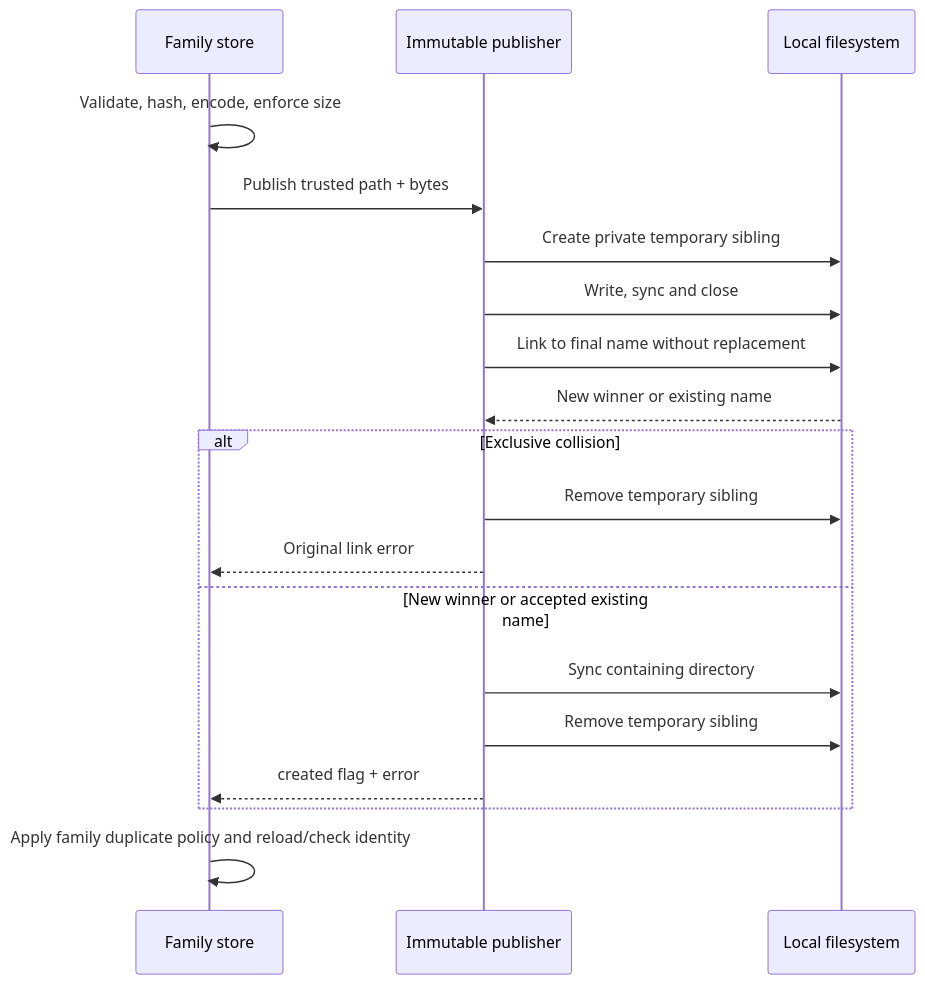
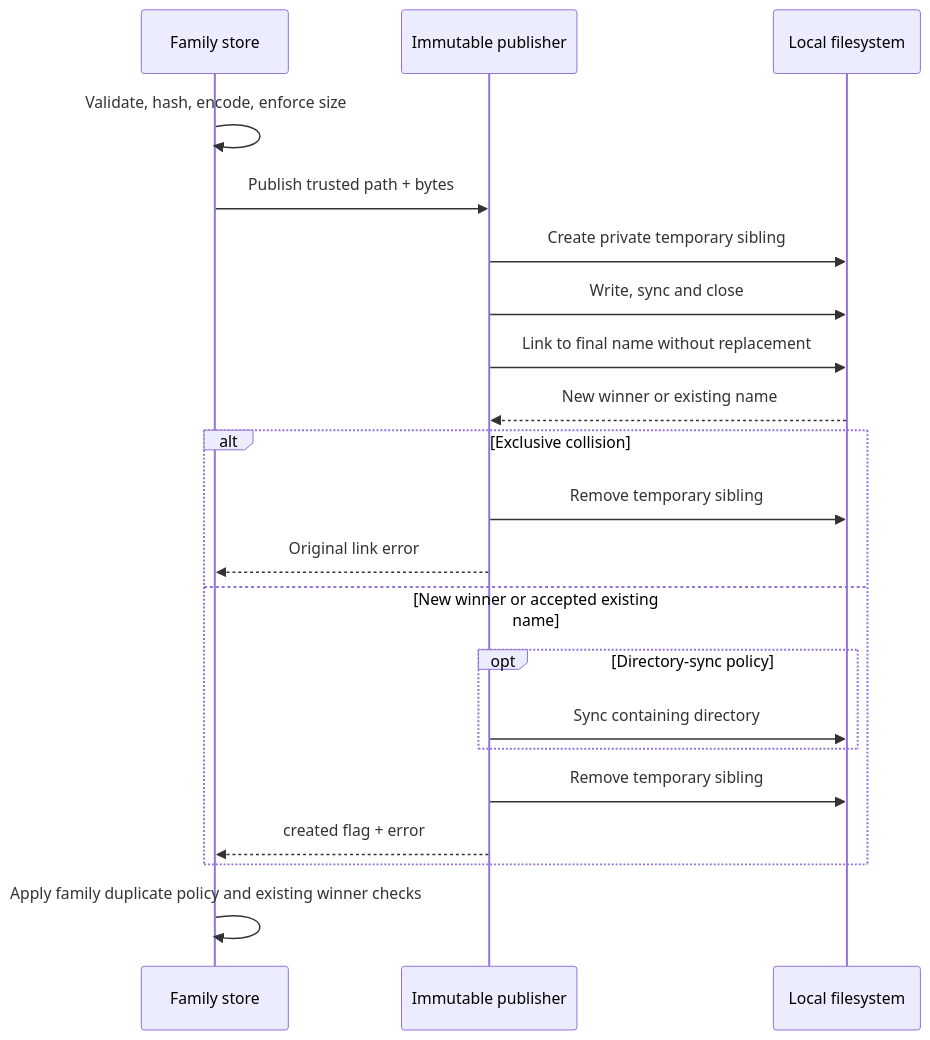
One commit to casselc/goo changed the diagram in docs/IMMUTABLE_PUBLICATION.md. Above: the diagram before and after it, drawn with Mermaid. The commit also changed other lines of this file and 17 other files, not shown here.

````diff
--- a/docs/IMMUTABLE_PUBLICATION.md
+++ b/docs/IMMUTABLE_PUBLICATION.md
@@ -18,21 +21,23 @@
 ```mermaid
 sequenceDiagram
   participant Caller as Family store
   participant File as Immutable publisher
   participant Disk as Local filesystem
   Caller->>Caller: Validate, hash, encode, enforce size
   Caller->>File: Publish trusted path + bytes
   File->>Disk: Create private temporary sibling
   File->>Disk: Write, sync and close
   File->>Disk: Link to final name without replacement
   Disk-->>File: New winner or existing name
   alt Exclusive collision
     File->>Disk: Remove temporary sibling
     File-->>Caller: Original link error
   else New winner or accepted existing name
-    File->>Disk: Sync containing directory
+    opt Directory-sync policy
+      File->>Disk: Sync containing directory
+    end
     File->>Disk: Remove temporary sibling
     File-->>Caller: created flag + error
   end
-  Caller->>Caller: Apply family duplicate policy and reload/check identity
+  Caller->>Caller: Apply family duplicate policy and existing winner checks
 ```
````
